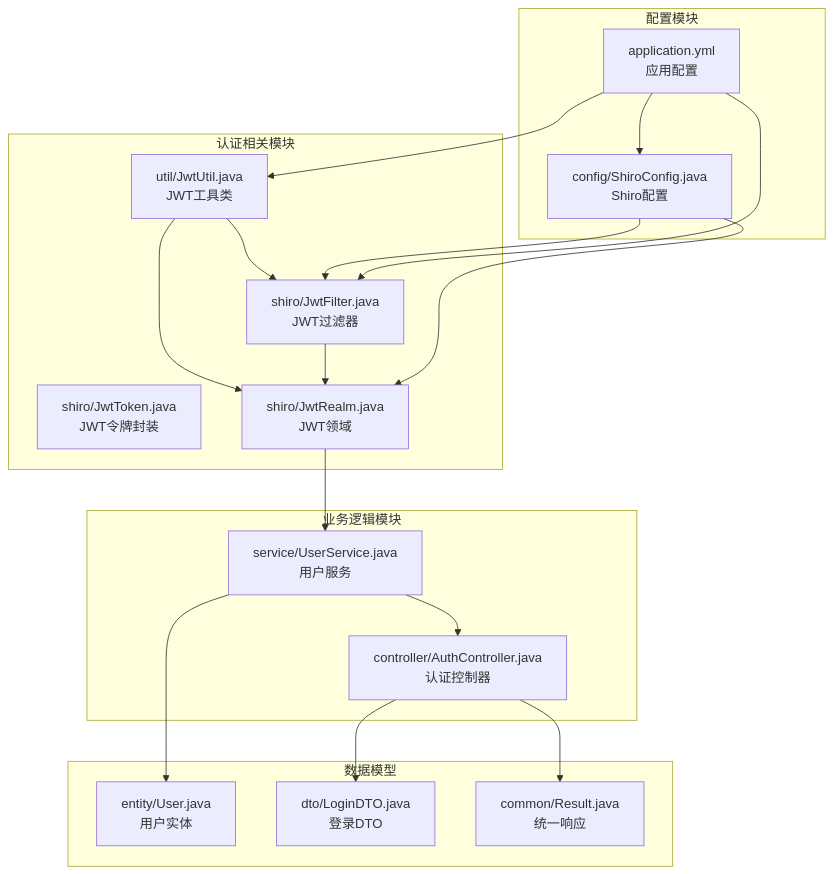
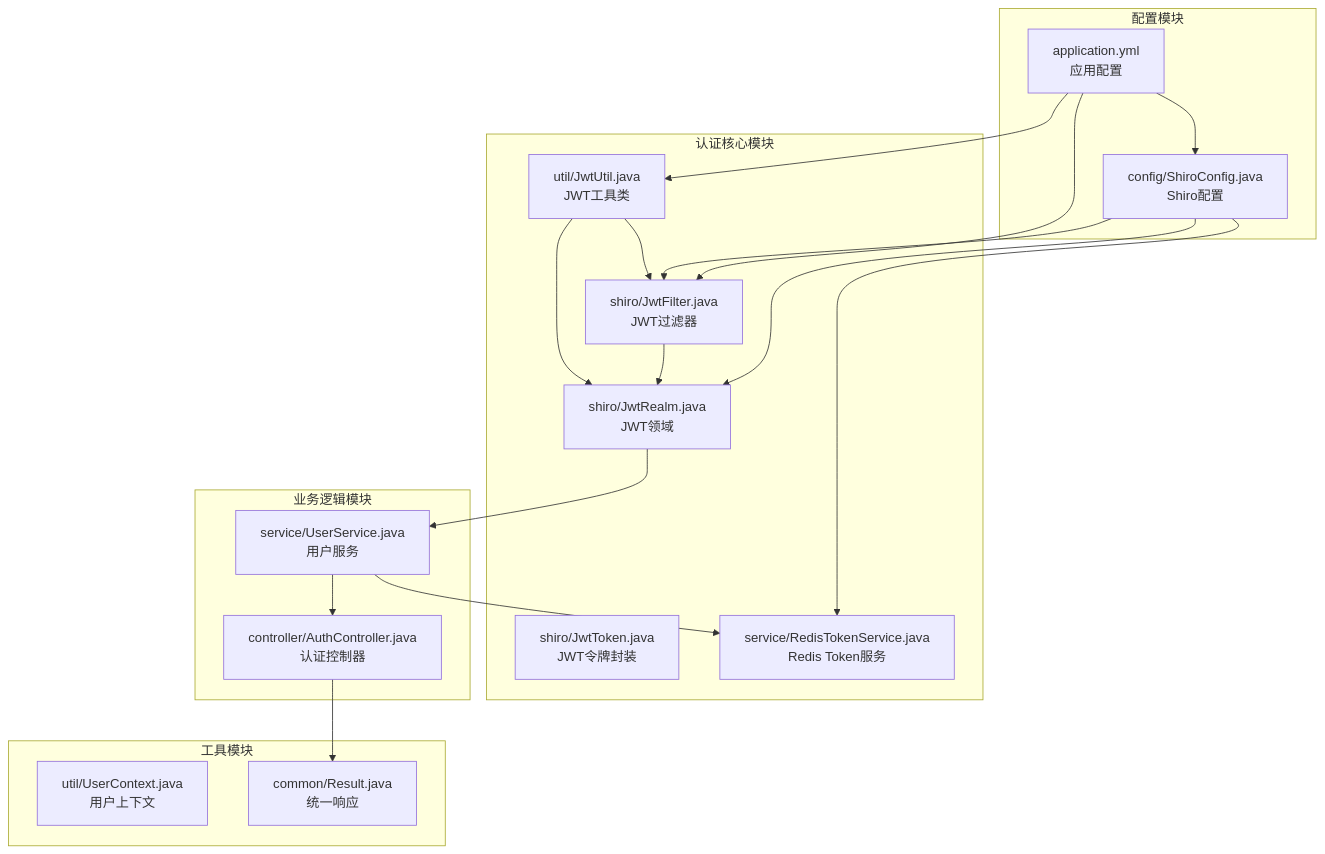
One commit to 20164206160/zhishilu changed the first of 6 diagrams in .qoder/repowiki/zh/content/安全认证系统/JWT认证机制.md. Above: the diagram before and after it, drawn with Mermaid. The commit also changed other lines of this file and 28 other files, not shown here.

````diff
--- a/.qoder/repowiki/zh/content/安全认证系统/JWT认证机制.md
+++ b/.qoder/repowiki/zh/content/安全认证系统/JWT认证机制.md
@@ -42,35 +47,35 @@
 ```mermaid
 graph TB
-subgraph "认证相关模块"
+subgraph "认证核心模块"
 A[util/JwtUtil.java<br/>JWT工具类]
 B[shiro/JwtToken.java<br/>JWT令牌封装]
 C[shiro/JwtFilter.java<br/>JWT过滤器]
 D[shiro/JwtRealm.java<br/>JWT领域]
+E[service/RedisTokenService.java<br/>Redis Token服务]
 end
 subgraph "业务逻辑模块"
-E[service/UserService.java<br/>用户服务]
-F[controller/AuthController.java<br/>认证控制器]
+F[service/UserService.java<br/>用户服务]
+G[controller/AuthController.java<br/>认证控制器]
 end
 subgraph "配置模块"
-G[config/ShiroConfig.java<br/>Shiro配置]
-H[application.yml<br/>应用配置]
+H[config/ShiroConfig.java<br/>Shiro配置]
+I[application.yml<br/>应用配置]
 end
-subgraph "数据模型"
-I[entity/User.java<br/>用户实体]
-J[dto/LoginDTO.java<br/>登录DTO]
+subgraph "工具模块"
+J[util/UserContext.java<br/>用户上下文]
 K[common/Result.java<br/>统一响应]
 end
 A --> C
 A --> D
 C --> D
-D --> E
-E --> F
-G --> C
-G --> D
-H --> A
+D --> F
+F --> G
 H --> C
-H --> G
-E --> I
-F --> K
-F --> J
+H --> D
+H --> E
+I --> A
+I --> C
+I --> H
+F --> E
+G --> K
 ```
````
